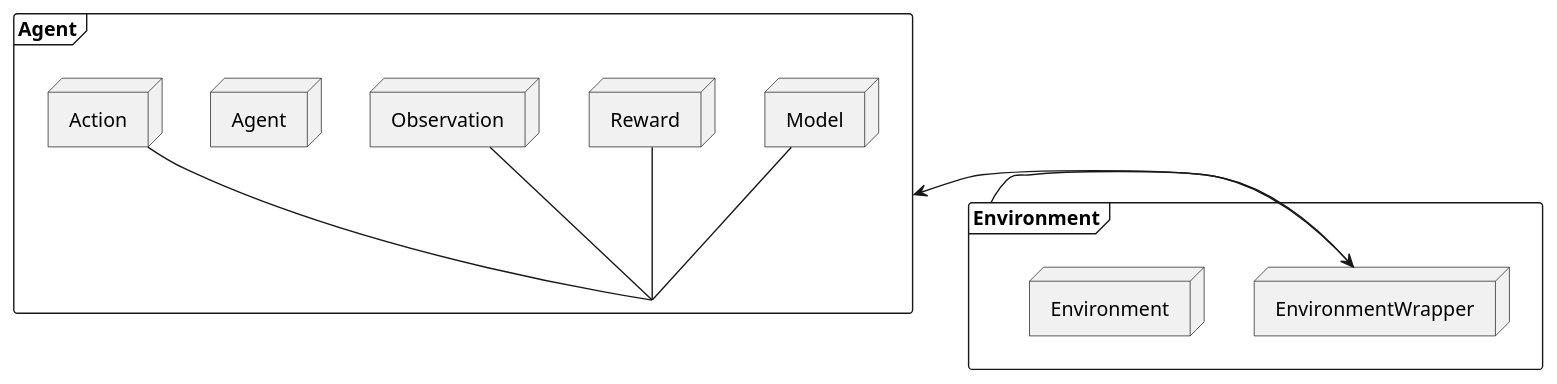
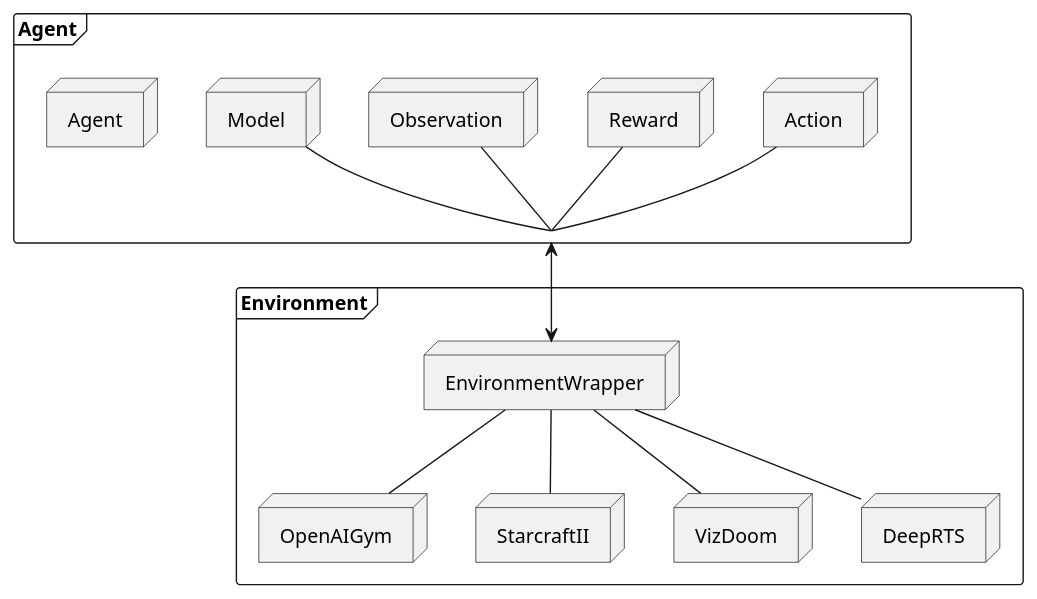
The diagram in docs/diagrams/arch.wsd (marcocspc/URNAI-Tools), drawn with PlantUML before and after one commit. The commit also changed other lines of this file, not shown here.

Commit message:
updated architecture to the most recent version

```diff
--- a/docs/diagrams/arch.wsd
+++ b/docs/diagrams/arch.wsd
@@ -1,29 +1,35 @@
 @startuml
 ' Allow elements from other diagrams to be mixed here.
 ' In this case I mix "frame" from class diagram and "node" from deployment diagram.
 allow_mixing
 
 ' Agent part.
 frame Agent {
 	node Agent
 	node Observation
 	node Reward
 	node Model
 	node Action
 }
 
 ' Environment Part
 frame Environment {
 	node EnvironmentWrapper
-	node Environment
+	node OpenAIGym
+    node StarcraftII
+    node VizDoom
+    node DeepRTS
 }
 
 ' Connections between nodes
+Agent -up- Model
 Agent -up- Observation
 Agent -up- Reward
-Agent -down- Action
-Agent -left- Model
-Agent <-right-> EnvironmentWrapper
-EnvironmentWrapper -right- Environment
+Agent -up- Action
+Agent <-down-> EnvironmentWrapper
+EnvironmentWrapper -down- OpenAIGym 
+EnvironmentWrapper -down- StarcraftII 
+EnvironmentWrapper -down- VizDoom 
+EnvironmentWrapper -down- DeepRTS 
 
 @enduml
```
